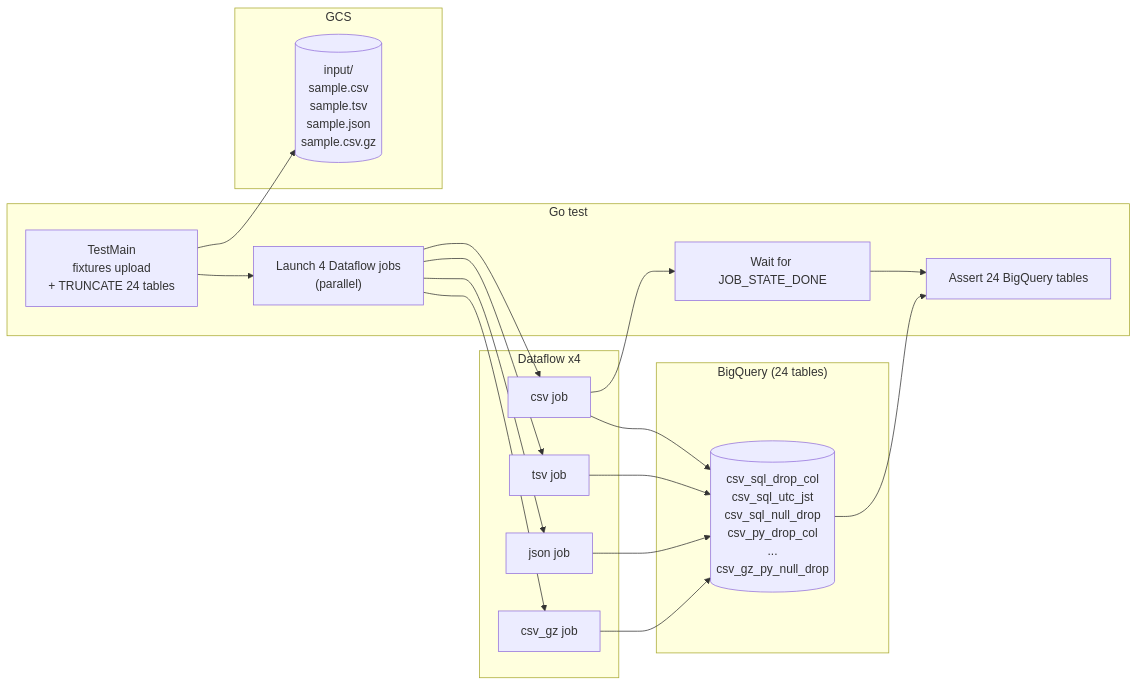
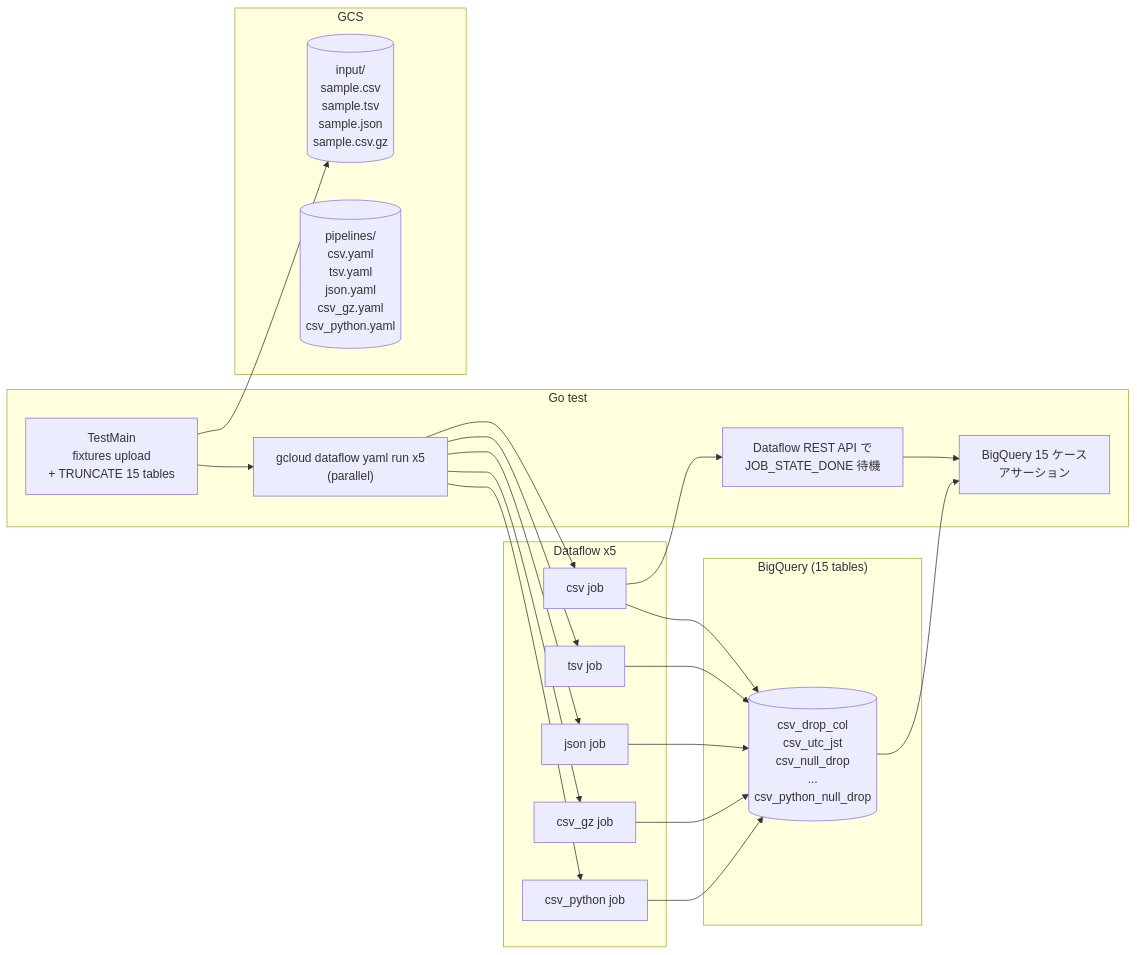
The first of 2 diagrams in articles/dataflow-gcs-to-bq-verification.md (katonium/articles), drawn with Mermaid before and after one commit. The commit also changed other lines of this file and 14 other files, not shown here.

````diff
--- a/articles/dataflow-gcs-to-bq-verification.md
+++ b/articles/dataflow-gcs-to-bq-verification.md
@@ -49,38 +70,42 @@
 ```mermaid
 graph LR
   subgraph "Go test"
-    setup["TestMain<br/>fixtures upload<br/>+ TRUNCATE 24 tables"]
-    launch["Launch 4 Dataflow jobs<br/>(parallel)"]
-    wait["Wait for JOB_STATE_DONE"]
-    assert["Assert 24 BigQuery tables"]
+    setup["TestMain<br/>fixtures upload<br/>+ TRUNCATE 15 tables"]
+    launch["gcloud dataflow yaml run x5<br/>(parallel)"]
+    wait["Dataflow REST API で<br/>JOB_STATE_DONE 待機"]
+    assert["BigQuery 15 ケース<br/>アサーション"]
   end
 
   subgraph "GCS"
     bucket[("input/<br/>sample.csv<br/>sample.tsv<br/>sample.json<br/>sample.csv.gz")]
+    yamls[("pipelines/<br/>csv.yaml<br/>tsv.yaml<br/>json.yaml<br/>csv_gz.yaml<br/>csv_python.yaml")]
   end
 
-  subgraph "Dataflow x4"
+  subgraph "Dataflow x5"
     csv["csv job"]
     tsv["tsv job"]
     json["json job"]
     gz["csv_gz job"]
+    py["csv_python job"]
   end
 
-  subgraph "BigQuery (24 tables)"
-    bq[("csv_sql_drop_col<br/>csv_sql_utc_jst<br/>csv_sql_null_drop<br/>csv_py_drop_col<br/>...<br/>csv_gz_py_null_drop")]
+  subgraph "BigQuery (15 tables)"
+    bq[("csv_drop_col<br/>csv_utc_jst<br/>csv_null_drop<br/>...<br/>csv_python_null_drop")]
   end
 
   setup --> bucket
   setup --> launch
   launch --> csv
   launch --> tsv
   launch --> json
   launch --> gz
+  launch --> py
   csv --> bq
   tsv --> bq
   json --> bq
   gz --> bq
+  py --> bq
   csv --> wait
   wait --> assert
   bq --> assert
 ```
````
